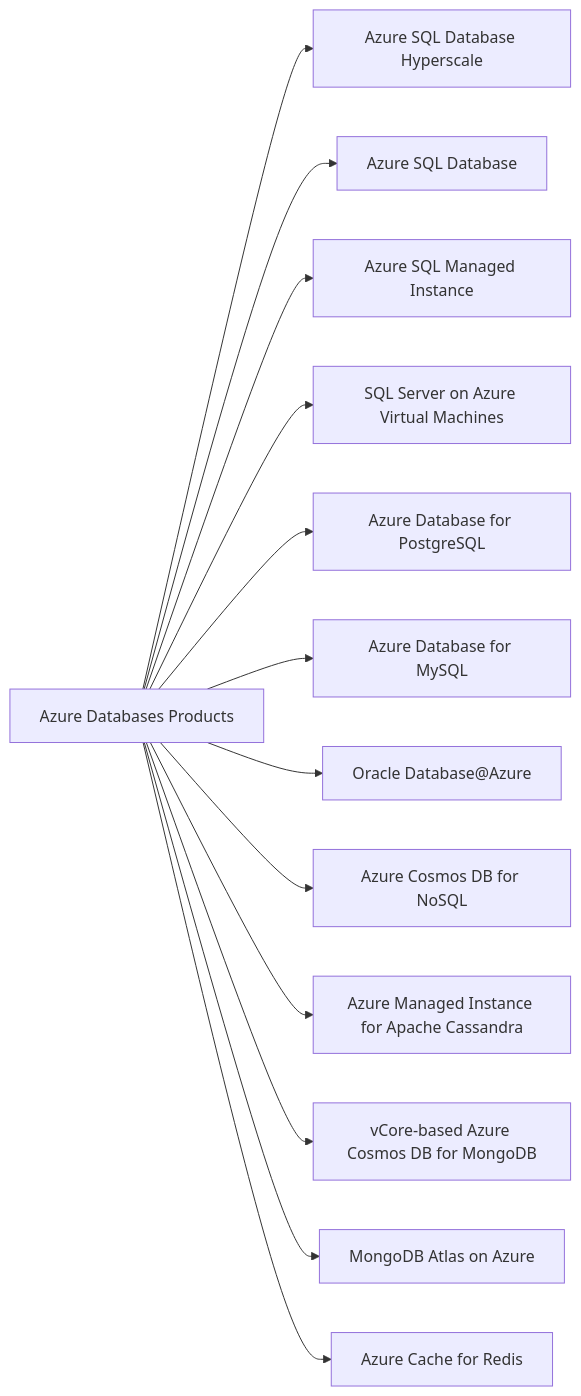
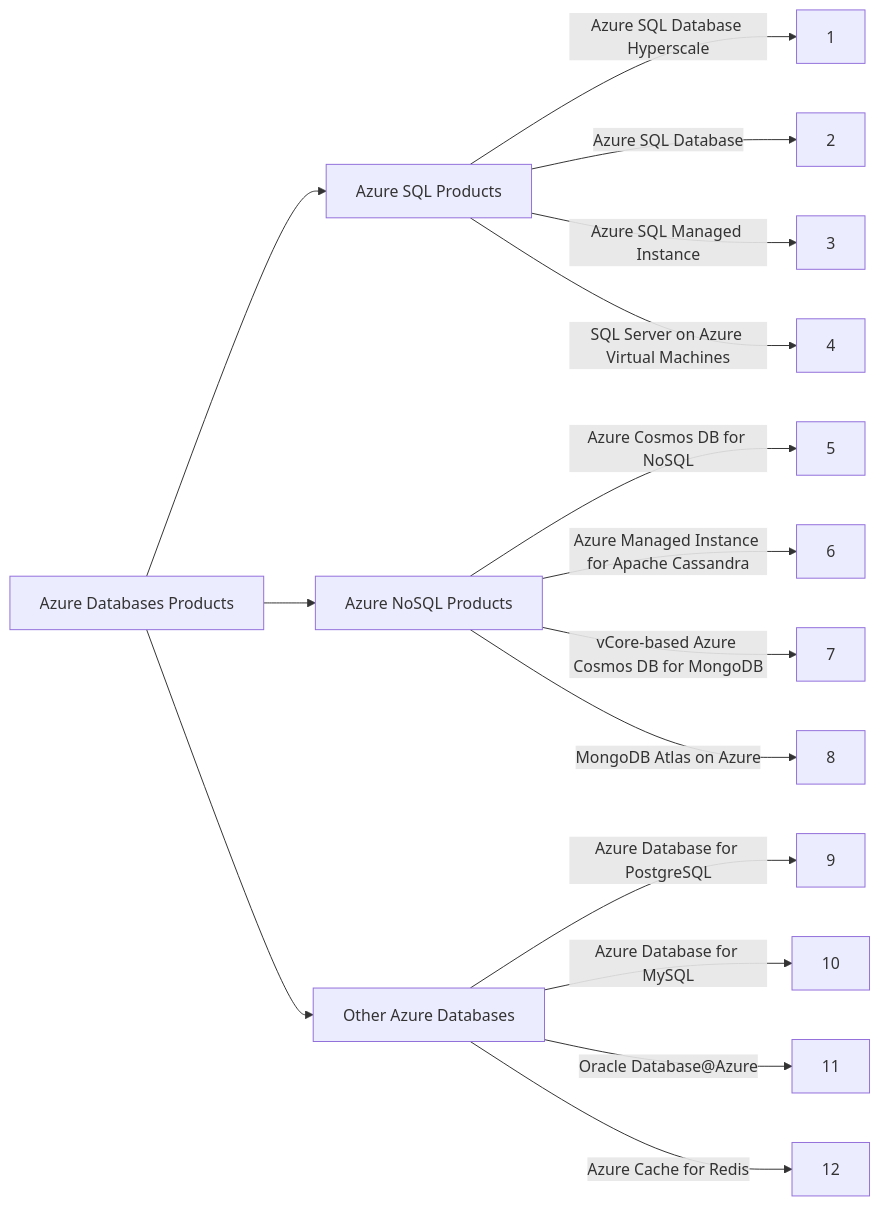
One commit to brown9804/MicrosoftCloudEssentialsHub changed the diagram in 0_Azure/AzureData/1_Databases/README.md. Above: the diagram before and after it, drawn with Mermaid.

Commit message:
diagram with qualifiers

````diff
--- a/0_Azure/AzureData/1_Databases/README.md
+++ b/0_Azure/AzureData/1_Databases/README.md
@@ -17,28 +17,22 @@
 ```mermaid
 graph LR
     A[Azure Databases Products]
-    B[Azure SQL Database Hyperscale​]
-    C[Azure SQL Database]
-    D[Azure SQL Managed Instance]
-    E[SQL Server on Azure Virtual Machines]
-    F[Azure Database for PostgreSQL]
-    G[Azure Database for MySQL​]
-    H[Oracle Database@Azure]
-    I[Azure Cosmos DB for NoSQL]
-    J[Azure Managed Instance for Apache Cassandra​]
-    K[vCore-based Azure Cosmos DB for MongoDB]
-    L[MongoDB Atlas on Azure]
-    M[Azure Cache for Redis]
+    B[Azure SQL Products]
+    C[Azure NoSQL Products]
+    D[Other Azure Databases]
     A --> B
     A --> C
     A --> D
-    A --> E
-    A --> F
-    A --> G
-    A --> H
-    A --> I
-    A --> J
-    A --> K
-    A --> L
-    A --> M
+    B -->|Azure SQL Database Hyperscale​| 1
+    B -->|Azure SQL Database| 2
+    B -->|Azure SQL Managed Instance| 3
+    B -->|SQL Server on Azure Virtual Machines| 4
+    C -->|Azure Cosmos DB for NoSQL| 5
+    C -->|Azure Managed Instance for Apache Cassandra​| 6
+    C -->|vCore-based Azure Cosmos DB for MongoDB| 7
+    C -->|MongoDB Atlas on Azure| 8
+    D -->|Azure Database for PostgreSQL| 9
+    D -->|Azure Database for MySQL​| 10
+    D -->|Oracle Database@Azure| 11
+    D -->|Azure Cache for Redis| 12
 ```
````
